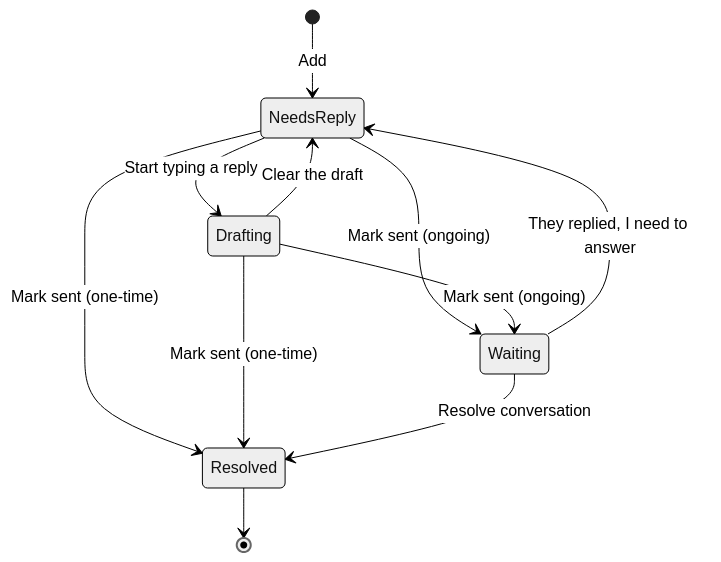
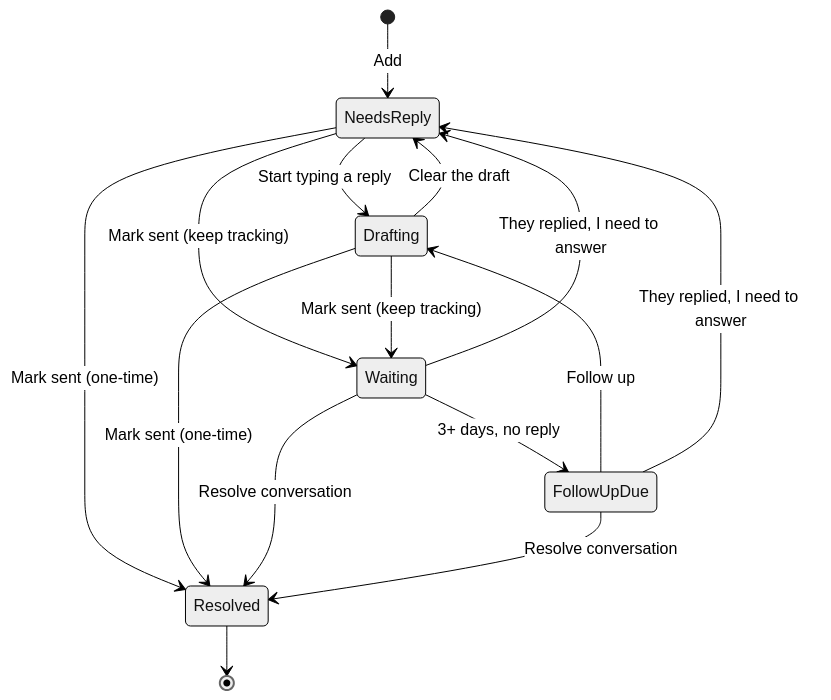
The second of 2 diagrams in flows.md (jdaguas/dbs-w3), drawn with Mermaid (neutral theme) before and after one commit. The commit also changed other lines of this file and 3 other files, not shown here.

````diff
--- a/flows.md
+++ b/flows.md
@@ -40,13 +43,17 @@
 ```mermaid
 stateDiagram-v2
   [*] --> NeedsReply: Add
   NeedsReply --> Drafting: Start typing a reply
   Drafting --> NeedsReply: Clear the draft
   NeedsReply --> Resolved: Mark sent (one-time)
   Drafting --> Resolved: Mark sent (one-time)
-  NeedsReply --> Waiting: Mark sent (ongoing)
-  Drafting --> Waiting: Mark sent (ongoing)
+  NeedsReply --> Waiting: Mark sent (keep tracking)
+  Drafting --> Waiting: Mark sent (keep tracking)
+  Waiting --> FollowUpDue: 3+ days, no reply
+  FollowUpDue --> Drafting: Follow up
   Waiting --> NeedsReply: They replied, I need to answer
+  FollowUpDue --> NeedsReply: They replied, I need to answer
   Waiting --> Resolved: Resolve conversation
+  FollowUpDue --> Resolved: Resolve conversation
   Resolved --> [*]
 ```
````
